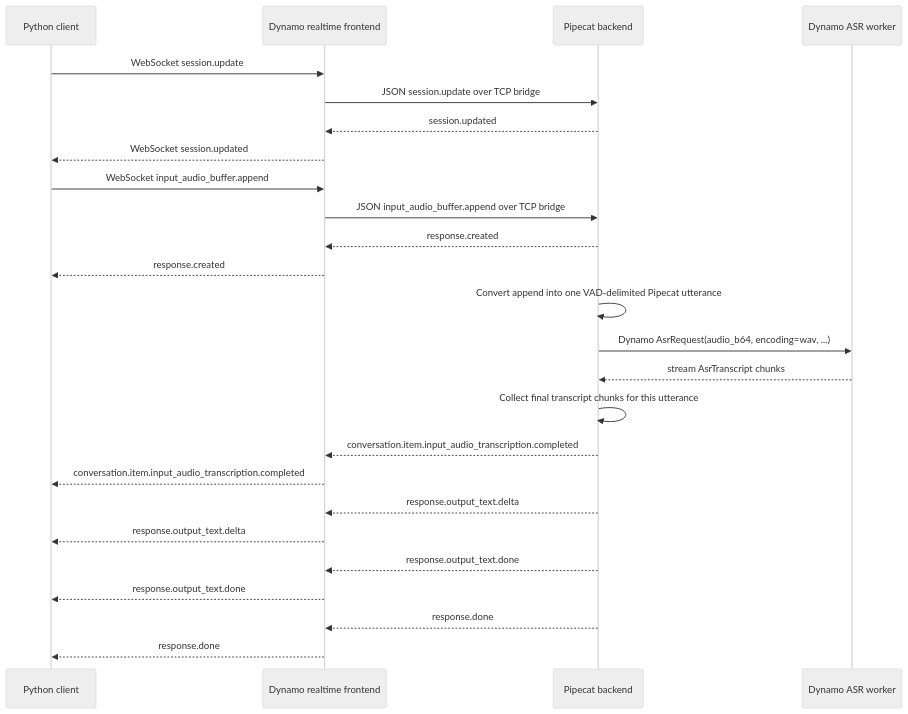
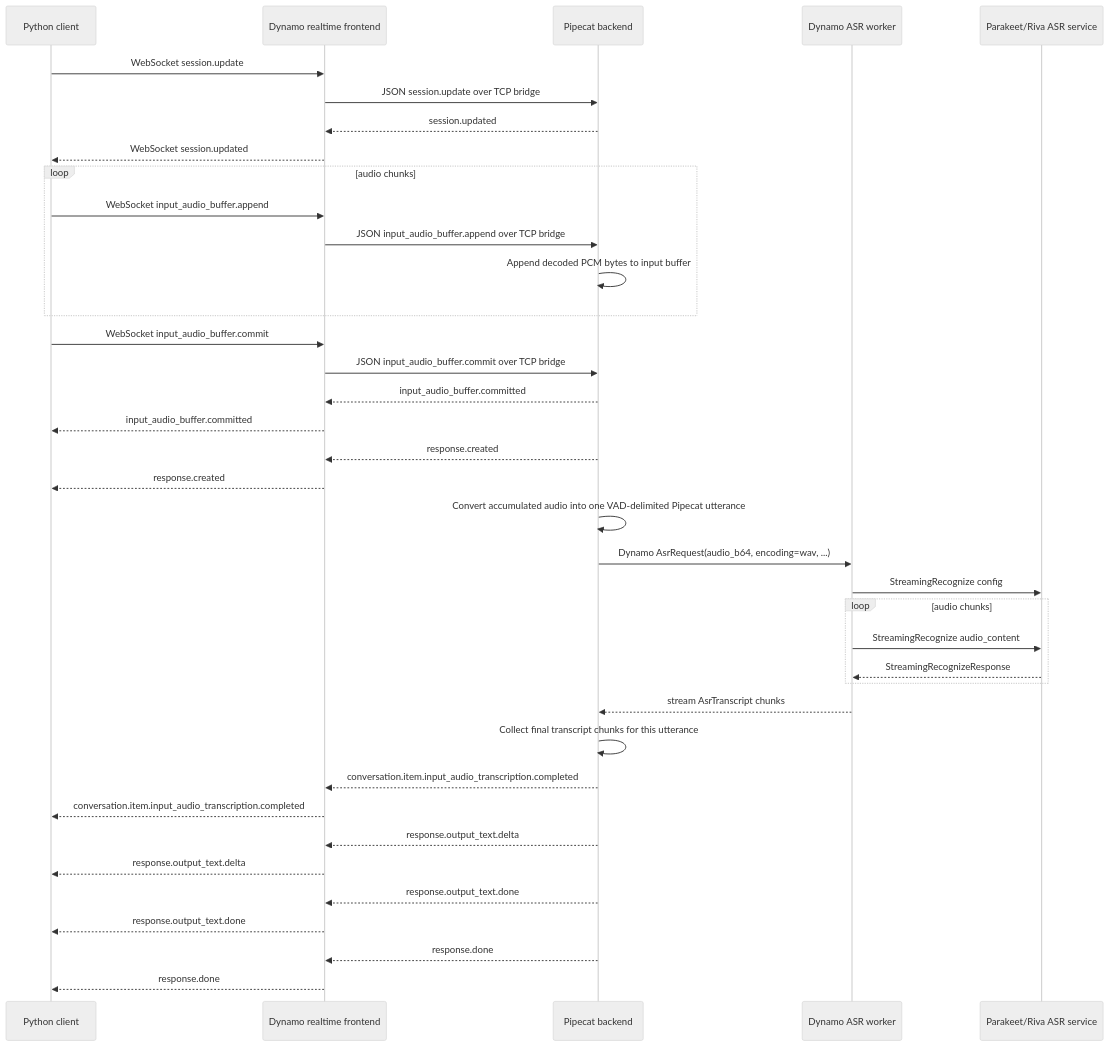
One commit to nealvaidya/dynamo changed the second of 3 diagrams in examples/voice_agent/ARCHITECTURE.md. Above: the diagram before and after it, drawn with Mermaid (neutral theme). The commit also changed other lines of this file and 6 other files, not shown here.

Commit message:
Wire voice agent streaming ASR pipeline

````diff
--- a/examples/voice_agent/ARCHITECTURE.md
+++ b/examples/voice_agent/ARCHITECTURE.md
@@ -39,31 +41,45 @@
 ```mermaid
 sequenceDiagram
     participant C as Python client
     participant F as Dynamo realtime frontend
     participant B as Pipecat backend
     participant A as Dynamo ASR worker
+    participant R as Parakeet/Riva ASR service
 
     C->>F: WebSocket session.update
     F->>B: JSON session.update over TCP bridge
     B-->>F: session.updated
     F-->>C: WebSocket session.updated
 
-    C->>F: WebSocket input_audio_buffer.append
-    F->>B: JSON input_audio_buffer.append over TCP bridge
+    loop audio chunks
+        C->>F: WebSocket input_audio_buffer.append
+        F->>B: JSON input_audio_buffer.append over TCP bridge
+        B->>B: Append decoded PCM bytes to input buffer
+    end
+
+    C->>F: WebSocket input_audio_buffer.commit
+    F->>B: JSON input_audio_buffer.commit over TCP bridge
+    B-->>F: input_audio_buffer.committed
+    F-->>C: input_audio_buffer.committed
     B-->>F: response.created
     F-->>C: response.created
 
-    B->>B: Convert append into one VAD-delimited Pipecat utterance
+    B->>B: Convert accumulated audio into one VAD-delimited Pipecat utterance
     B->>A: Dynamo AsrRequest(audio_b64, encoding=wav, ...)
+    A->>R: StreamingRecognize config
+    loop audio chunks
+        A->>R: StreamingRecognize audio_content
+        R-->>A: StreamingRecognizeResponse
+    end
     A-->>B: stream AsrTranscript chunks
     B->>B: Collect final transcript chunks for this utterance
 
     B-->>F: conversation.item.input_audio_transcription.completed
     F-->>C: conversation.item.input_audio_transcription.completed
     B-->>F: response.output_text.delta
     F-->>C: response.output_text.delta
     B-->>F: response.output_text.done
     F-->>C: response.output_text.done
     B-->>F: response.done
     F-->>C: response.done
 ```
````
